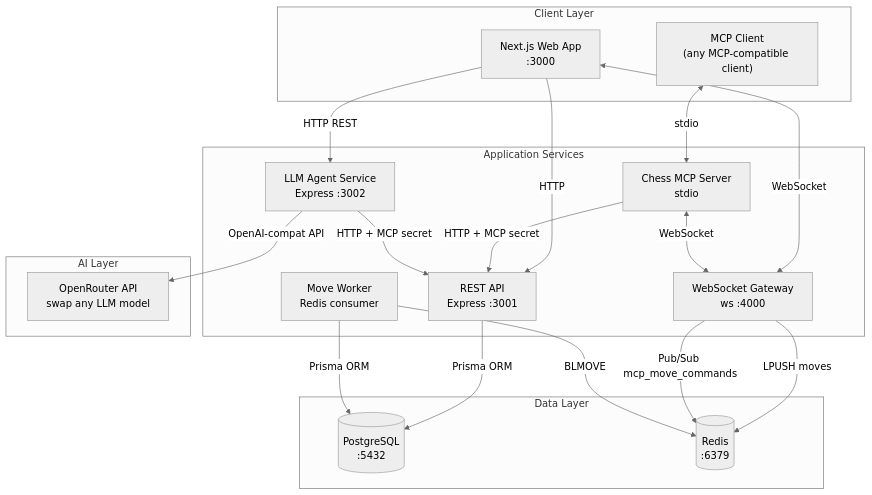
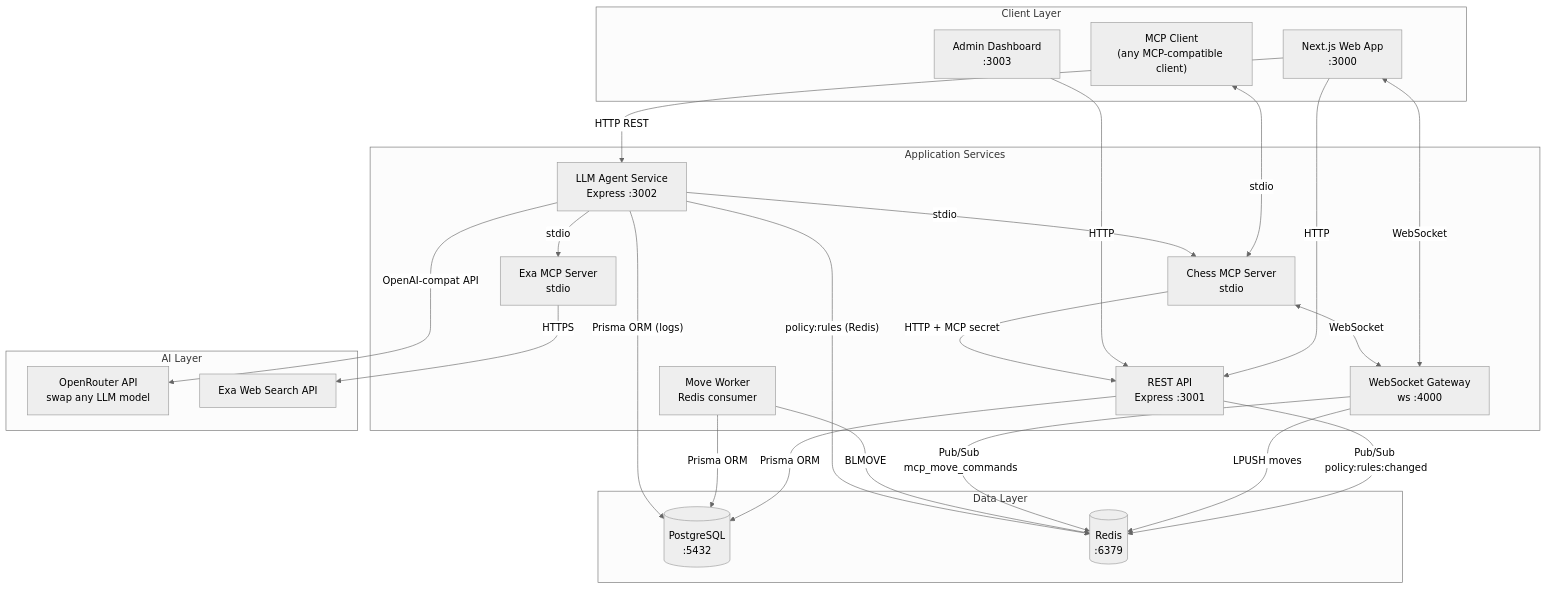
One commit to parthjadhao01/chess changed the first of 3 diagrams in README.md. Above: the diagram before and after it, drawn with Mermaid (neutral theme). The commit also changed other lines of this file and 13 other files, not shown here.

````diff
--- a/README.md
+++ b/README.md
@@ -69,42 +87,52 @@
 ```mermaid
 flowchart TB
     subgraph client["Client Layer"]
         WEB["Next.js Web App\n:3000"]
+        ADMIN["Admin Dashboard\n:3003"]
         MCP_CLI["MCP Client\n(any MCP-compatible client)"]
     end
 
     subgraph services["Application Services"]
         BE["REST API\nExpress :3001"]
         WS["WebSocket Gateway\nws :4000"]
         AGENT["LLM Agent Service\nExpress :3002"]
-        MCP_SRV["Chess MCP Server\nstdio"]
+        MCP_CHESS["Chess MCP Server\nstdio"]
+        MCP_EXA["Exa MCP Server\nstdio"]
         WORKER["Move Worker\nRedis consumer"]
     end
 
     subgraph data["Data Layer"]
         PG[("PostgreSQL\n:5432")]
         REDIS[("Redis\n:6379")]
     end
 
     subgraph ai["AI Layer"]
         OR["OpenRouter API\nswap any LLM model"]
+        EXA["Exa Web Search API"]
     end
 
     WEB -- "HTTP" --> BE
     WEB <-- "WebSocket" --> WS
     WEB -- "HTTP REST" --> AGENT
+    ADMIN -- "HTTP" --> BE
 
-    MCP_CLI <-- "stdio" --> MCP_SRV
-    MCP_SRV -- "HTTP + MCP secret" --> BE
-    MCP_SRV <-- "WebSocket" --> WS
+    MCP_CLI <-- "stdio" --> MCP_CHESS
+    MCP_CHESS -- "HTTP + MCP secret" --> BE
+    MCP_CHESS <-- "WebSocket" --> WS
+
+    AGENT -- "stdio" --> MCP_CHESS
+    AGENT -- "stdio" --> MCP_EXA
+    MCP_EXA -- "HTTPS" --> EXA
 
     BE -- "Prisma ORM" --> PG
+    BE -- "Pub/Sub policy:rules:changed" --> REDIS
     WS -- "LPUSH moves" --> REDIS
     WS -- "Pub/Sub mcp_move_commands" --> REDIS
 
     WORKER -- "BLMOVE" --> REDIS
     WORKER -- "Prisma ORM" --> PG
 
-    AGENT -- "HTTP + MCP secret" --> BE
     AGENT -- "OpenAI-compat API" --> OR
+    AGENT -- "Prisma ORM (logs)" --> PG
+    AGENT -- "policy:rules (Redis)" --> REDIS
 ```
````
